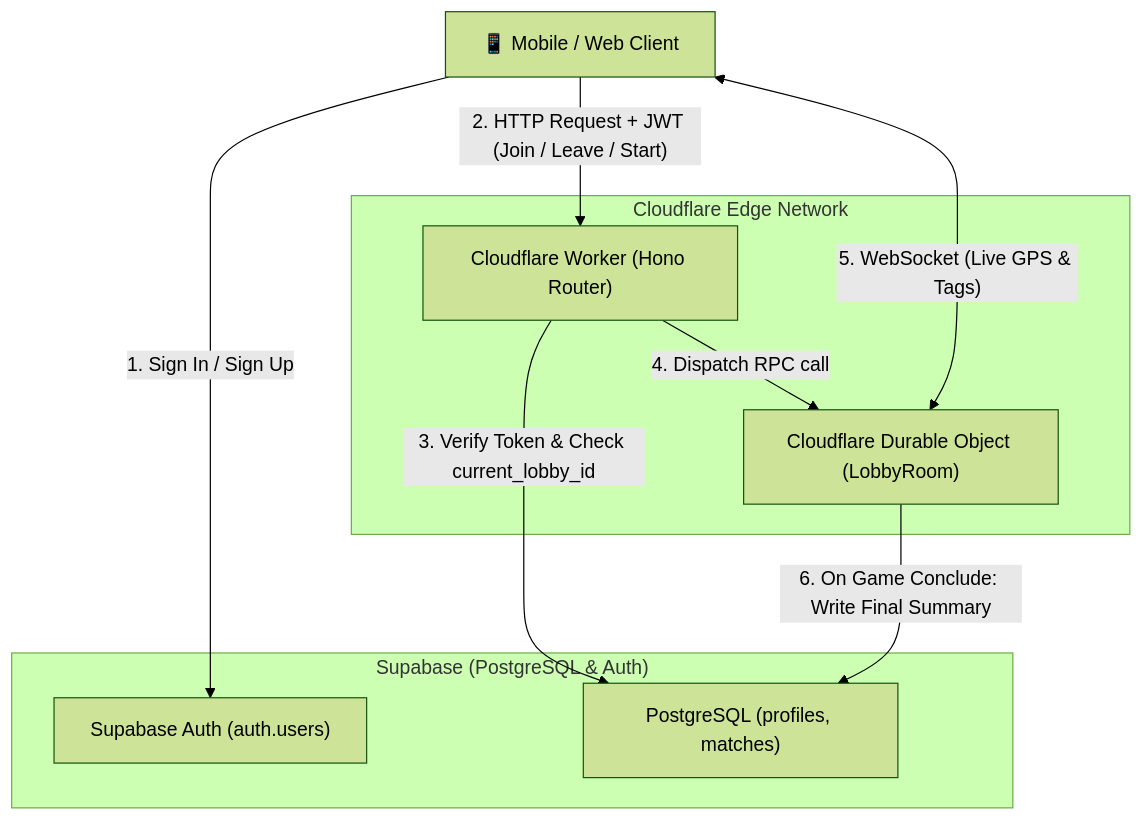
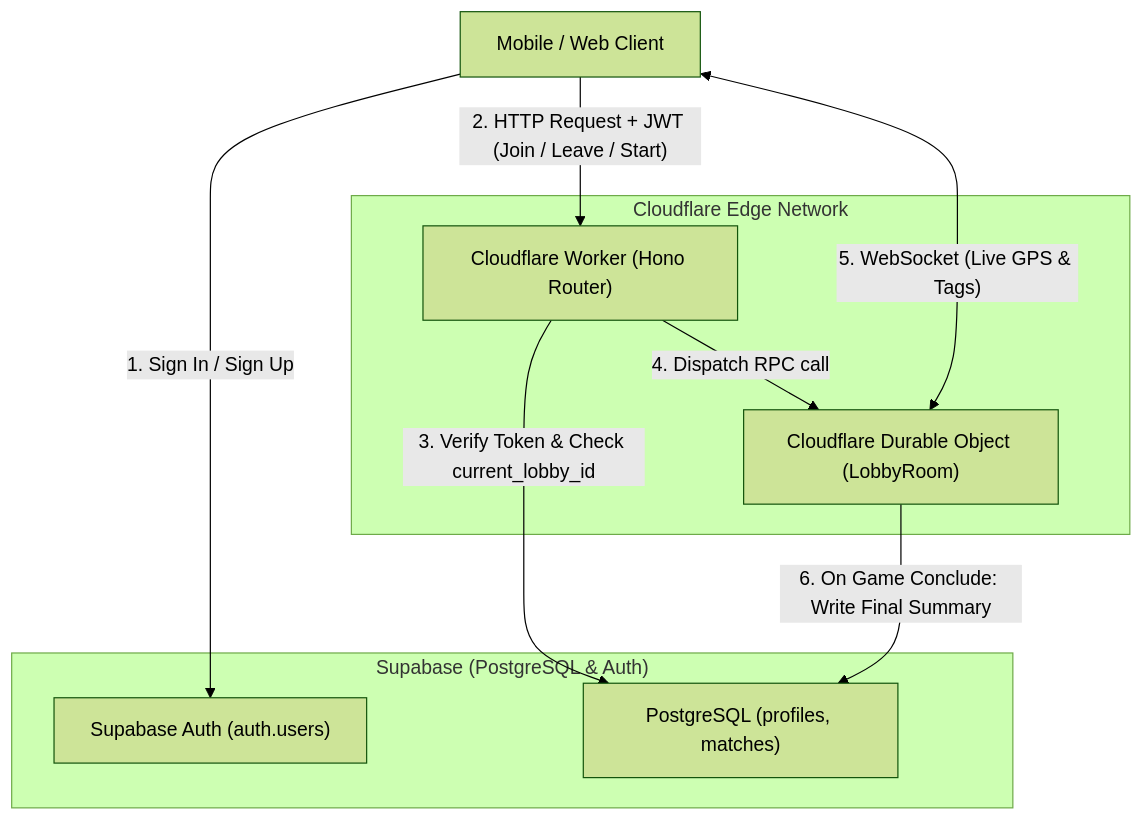
One commit to tanishworks/tagg changed the first of 2 diagrams in ARCHITECTURE.md. Above: the diagram before and after it, drawn with Mermaid (forest theme). The commit also changed other lines of this file and 4 other files, not shown here.

````diff
--- a/ARCHITECTURE.md
+++ b/ARCHITECTURE.md
@@ -13,22 +13,22 @@
 ```mermaid
 flowchart TD
-    Client["📱 Mobile / Web Client"]
+    Client["Mobile / Web Client"]
     
     subgraph Edge["Cloudflare Edge Network"]
         Worker["Cloudflare Worker (Hono Router)"]
         DO["Cloudflare Durable Object (LobbyRoom)"]
     end
     
     subgraph Database["Supabase (PostgreSQL & Auth)"]
         Auth["Supabase Auth (auth.users)"]
         DB["PostgreSQL (profiles, matches)"]
     end
     
     %% Flows
     Client -->|"1. Sign In / Sign Up"| Auth
     Client -->|"2. HTTP Request + JWT (Join / Leave / Start)"| Worker
     Worker -->|"3. Verify Token & Check current_lobby_id"| DB
     Worker -->|"4. Dispatch RPC call"| DO
     Client <-->|"5. WebSocket (Live GPS & Tags)"| DO
     DO -->|"6. On Game Conclude: Write Final Summary"| DB
 ```
````
